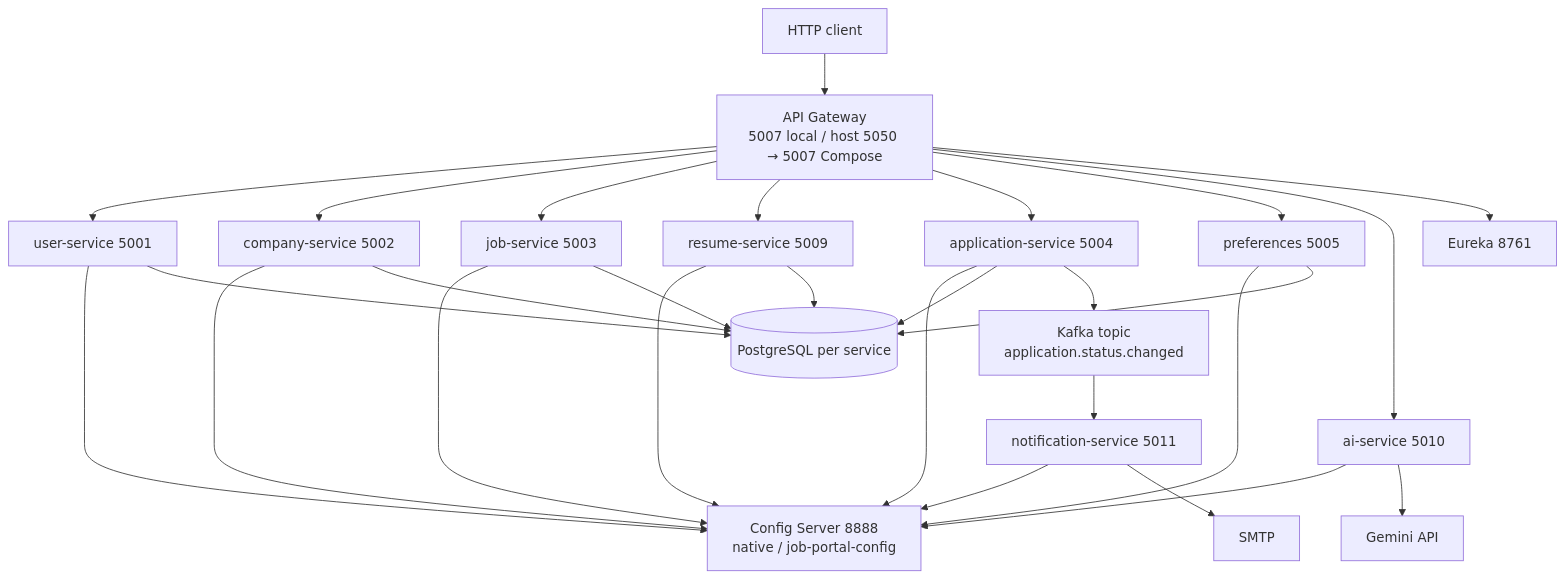
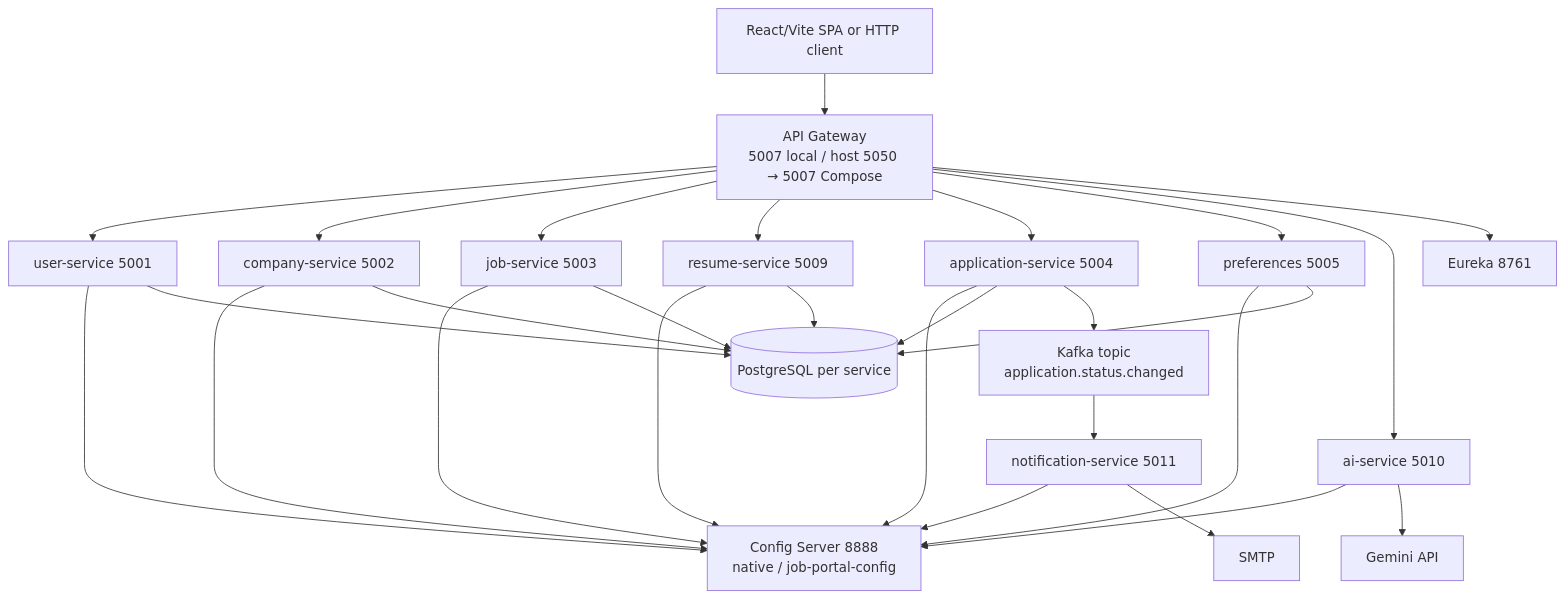
Before and after one commit to sameer6576/aiJobPortal: the first of 2 diagrams in docs/ARCHITECTURE.md, drawn with Mermaid. The commit also changed other lines of this file and 7 other files, not shown here.

````diff
--- a/docs/ARCHITECTURE.md
+++ b/docs/ARCHITECTURE.md
@@ -23,47 +23,47 @@
 ```mermaid
 flowchart TB
-  Client[HTTP client]
+  Client["React/Vite SPA or HTTP client"]
   Gateway["API Gateway\n5007 local / host 5050 → 5007 Compose"]
   Eureka["Eureka 8761"]
   Config["Config Server 8888\nnative / job-portal-config"]
   User["user-service 5001"]
   Company["company-service 5002"]
   Job["job-service 5003"]
   Application["application-service 5004"]
   Preferences["preferences 5005"]
   Resume["resume-service 5009"]
   AI["ai-service 5010"]
   Notification["notification-service 5011"]
   Kafka["Kafka topic\napplication.status.changed"]
   SMTP[SMTP]
   Gemini[Gemini API]
   PG[(PostgreSQL per service)]
 
   Client --> Gateway
   Gateway --> User
   Gateway --> Company
   Gateway --> Job
   Gateway --> Resume
   Gateway --> Application
   Gateway --> Preferences
   Gateway --> AI
   Gateway --> Eureka
   User --> Config
   Company --> Config
   Job --> Config
   Resume --> Config
   Application --> Config
   Preferences --> Config
   AI --> Config
   Notification --> Config
   User --> PG
   Company --> PG
   Job --> PG
   Resume --> PG
   Application --> PG
   Preferences --> PG
   Application --> Kafka
   Kafka --> Notification
   Notification --> SMTP
   AI --> Gemini
 ```
````
